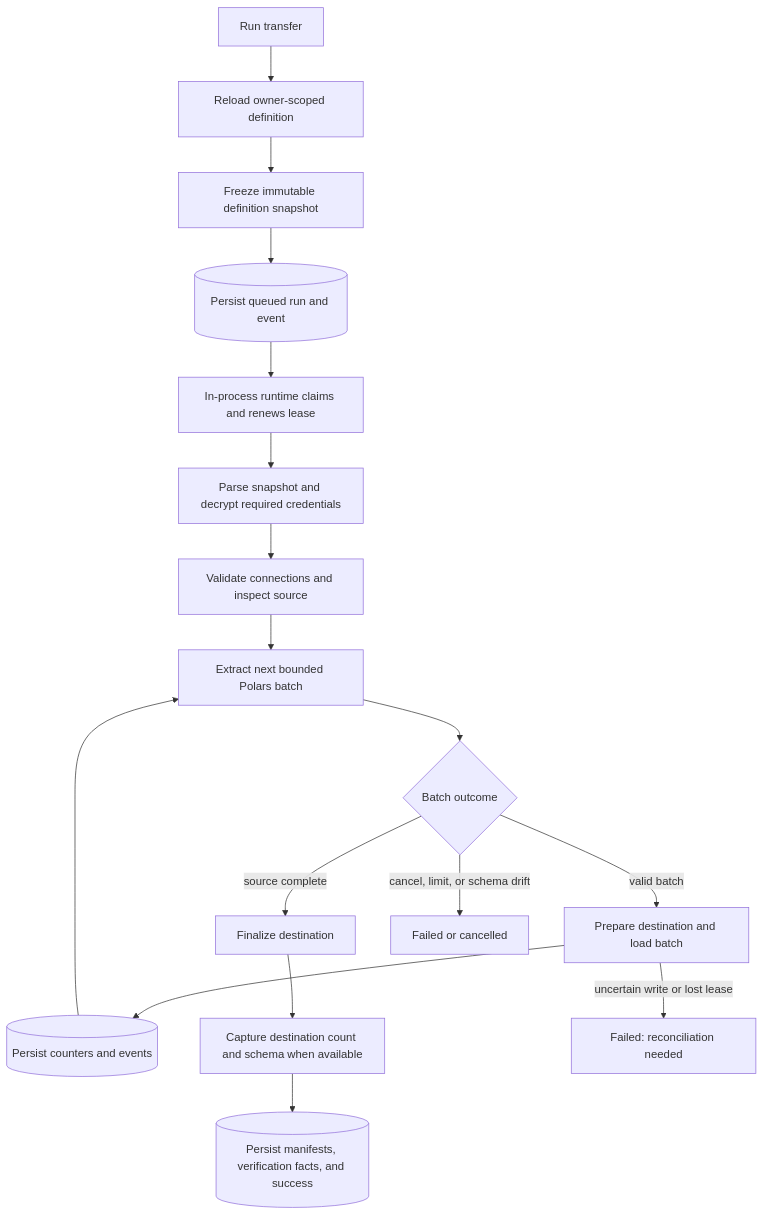
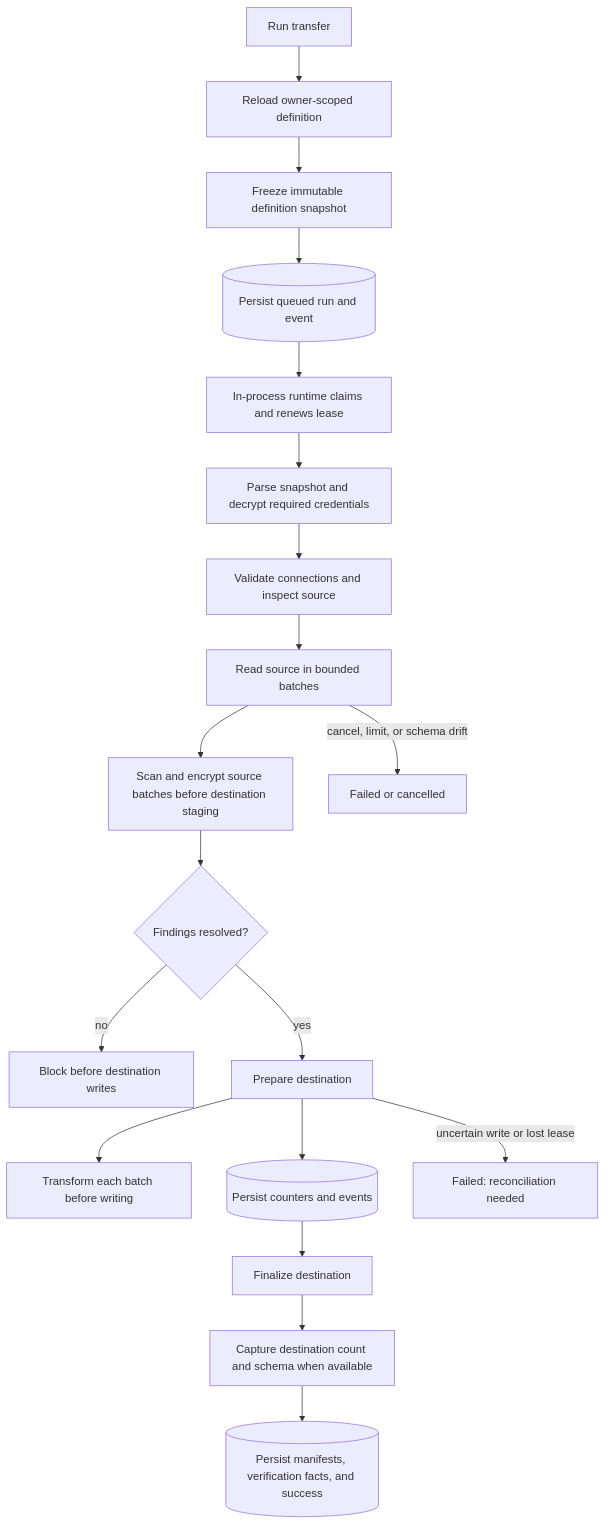
The third of 6 diagrams in docs/data-pipelines.md (eddiethedean/user-token-management-app), drawn with Mermaid before and after one commit. The commit also changed other lines of this file and 48 other files, not shown here.

````diff
--- a/docs/data-pipelines.md
+++ b/docs/data-pipelines.md
@@ -174,19 +177,21 @@
 ```mermaid
 flowchart TD
     R[Run transfer] --> O[Reload owner-scoped definition]
     O --> S[Freeze immutable definition snapshot]
     S --> Q[(Persist queued run and event)]
     Q --> L[In-process runtime claims and renews lease]
     L --> K[Parse snapshot and decrypt required credentials]
     K --> V[Validate connections and inspect source]
-    V --> X[Extract next bounded Polars batch]
-    X --> G{Batch outcome}
-    G -->|valid batch| D[Prepare destination and load batch]
+    V --> X[Read source in bounded batches]
+    X --> G[Scan and encrypt source batches before destination staging]
+    G --> H{Findings resolved?}
+    H -->|no| B[Block before destination writes]
+    H -->|yes| D[Prepare destination]
+    D --> T[Transform each batch before writing]
     D --> M[(Persist counters and events)]
-    M --> X
-    G -->|source complete| F[Finalize destination]
+    M --> F[Finalize destination]
     F --> C[Capture destination count and schema when available]
     C --> P[(Persist manifests, verification facts, and success)]
-    G -->|cancel, limit, or schema drift| E[Failed or cancelled]
+    X -->|cancel, limit, or schema drift| E[Failed or cancelled]
     D -->|uncertain write or lost lease| N[Failed: reconciliation needed]
 ```
````
